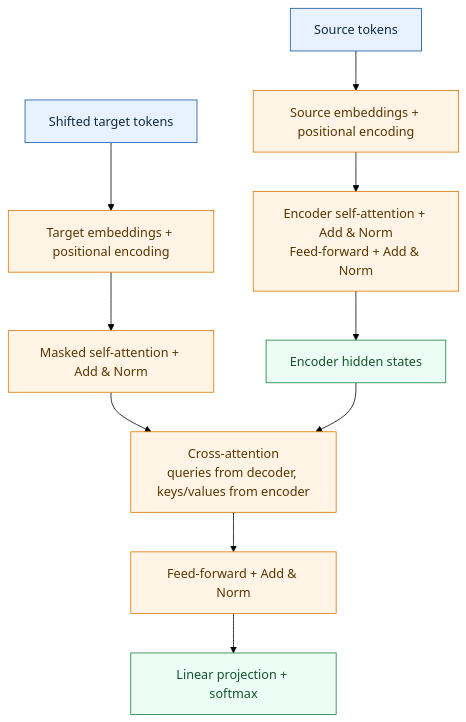
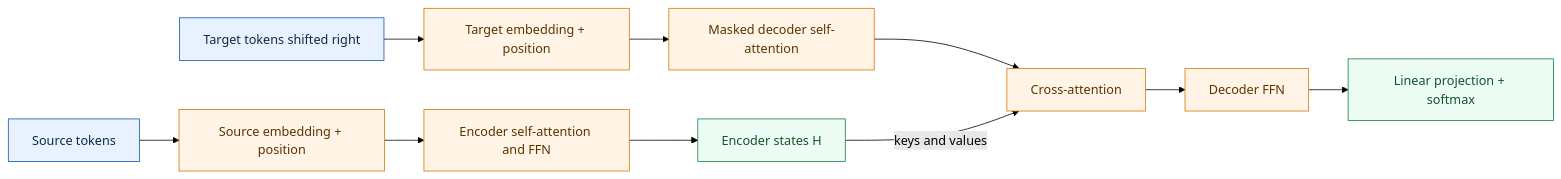
The diagram in pyq/assets/transformer-encoder-decoder.mmd (hrmiitm/llm), drawn with Mermaid (forest theme) before and after one commit. The commit also changed 59 other files, not shown here.

Commit message:
fix learning diagrams and portal rendering

```diff
--- a/pyq/assets/transformer-encoder-decoder.mmd
+++ b/pyq/assets/transformer-encoder-decoder.mmd
@@ -1,17 +1,17 @@
-flowchart TB
-    SRC[Source tokens] --> SE[Source embeddings + positional encoding]
-    SE --> ENC[Encoder self-attention + Add & Norm\nFeed-forward + Add & Norm]
-    ENC --> H[Encoder hidden states]
-    TGT[Shifted target tokens] --> DE[Target embeddings + positional encoding]
-    DE --> M[Masked self-attention + Add & Norm]
-    M --> CA[Cross-attention\nqueries from decoder, keys/values from encoder]
-    H --> CA
-    CA --> FF[Feed-forward + Add & Norm]
+flowchart LR
+    SRC[Source tokens] --> SE[Source embedding + position]
+    SE --> ENC[Encoder self-attention and FFN]
+    ENC --> H[Encoder states H]
+    TGT[Target tokens shifted right] --> DE[Target embedding + position]
+    DE --> M[Masked decoder self-attention]
+    M --> CA[Cross-attention]
+    H -->|keys and values| CA
+    CA --> FF[Decoder FFN]
     FF --> OUT[Linear projection + softmax]
 
     classDef input fill:#e8f1ff,stroke:#1355a6,color:#102a43;
     classDef block fill:#fff4e5,stroke:#d97706,color:#5b3500;
     classDef output fill:#ecfdf5,stroke:#15803d,color:#14532d;
     class SRC,TGT input;
     class SE,ENC,DE,M,CA,FF block;
     class H,OUT output;
```
